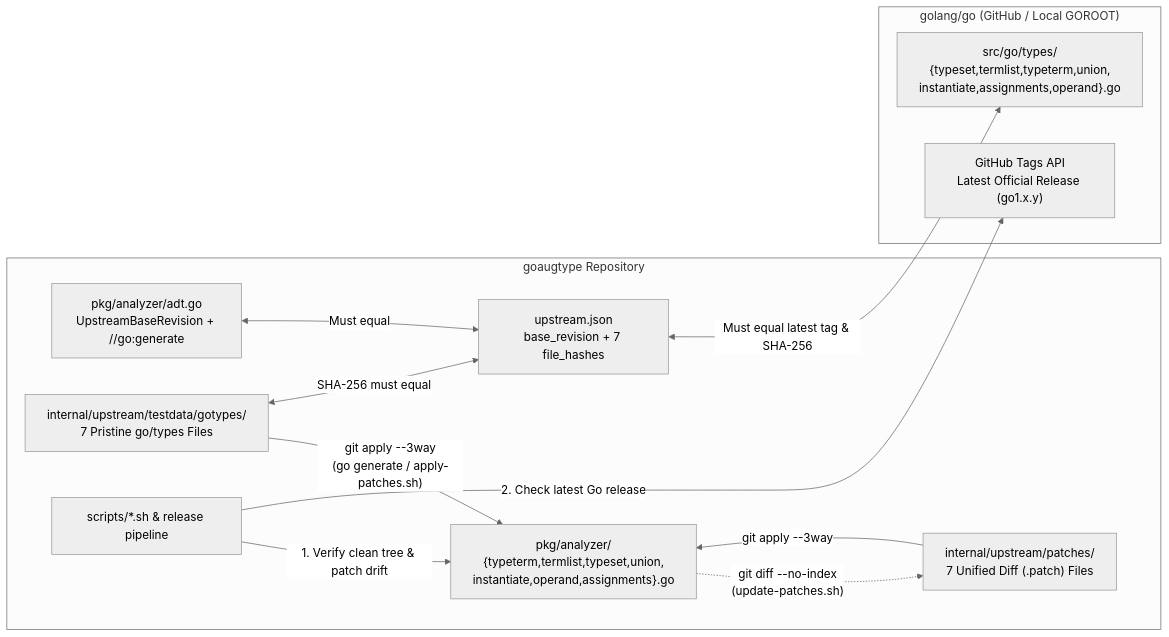
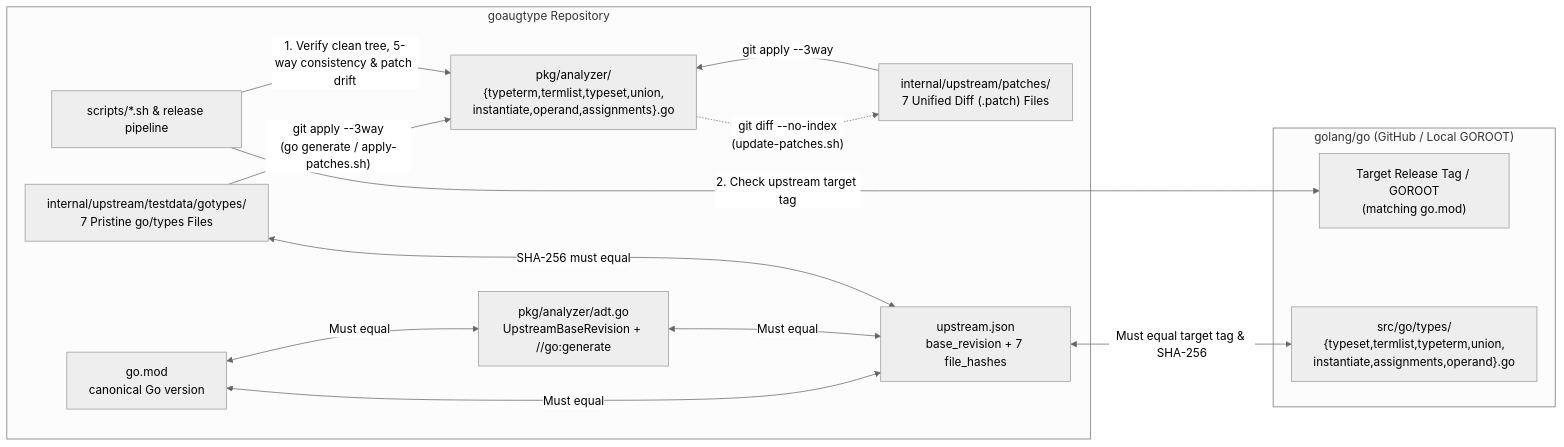
Before and after one commit to routis819/goaugtype: the seventh of 7 diagrams in docs/ARCHITECTURE.md, drawn with Mermaid (neutral theme). The commit also changed other lines of this file and 9 other files, not shown here.

Commit message:
feat(upstreamchecker): enforce go.mod as canonical source of truth for upstream revision

````diff
--- a/docs/ARCHITECTURE.md
+++ b/docs/ARCHITECTURE.md
@@ -285,25 +285,28 @@
 ```mermaid
 flowchart LR
     subgraph Repo["goaugtype Repository"]
+        GoMod["go.mod<br/>canonical Go version"]
         AdtConst["pkg/analyzer/adt.go<br/>UpstreamBaseRevision + //go:generate"]
         Snapshots["internal/upstream/testdata/gotypes/<br/>7 Pristine go/types Files"]
         Patches["internal/upstream/patches/<br/>7 Unified Diff (.patch) Files"]
         Ported["pkg/analyzer/<br/>{typeterm,termlist,typeset,union,<br/>instantiate,operand,assignments}.go"]
         Config["upstream.json<br/>base_revision + 7 file_hashes"]
         ReleaseSh["scripts/*.sh & release pipeline"]
     end
 
     subgraph Upstream["golang/go (GitHub / Local GOROOT)"]
-        Tags["GitHub Tags API<br/>Latest Official Release (go1.x.y)"]
+        Tags["Target Release Tag / GOROOT<br/>(matching go.mod)"]
         Files["src/go/types/<br/>{typeset,termlist,typeterm,union,<br/>instantiate,assignments,operand}.go"]
     end
 
     Snapshots -->|"git apply --3way<br/>(go generate / apply-patches.sh)"| Ported
     Patches -->|"git apply --3way"| Ported
     Ported -. "git diff --no-index<br/>(update-patches.sh)" .-> Patches
-    ReleaseSh -->|"1. Verify clean tree & patch drift"| Ported
+    ReleaseSh -->|"1. Verify clean tree, 5-way consistency & patch drift"| Ported
+    GoMod <-->|"Must equal"| AdtConst
+    GoMod <-->|"Must equal"| Config
     AdtConst <-->|"Must equal"| Config
     Snapshots <-->|"SHA-256 must equal"| Config
-    Config <-->|"Must equal latest tag & SHA-256"| Files
-    ReleaseSh -->|"2. Check latest Go release"| Tags
+    Config <-->|"Must equal target tag & SHA-256"| Files
+    ReleaseSh -->|"2. Check upstream target tag"| Tags
 ```
````
